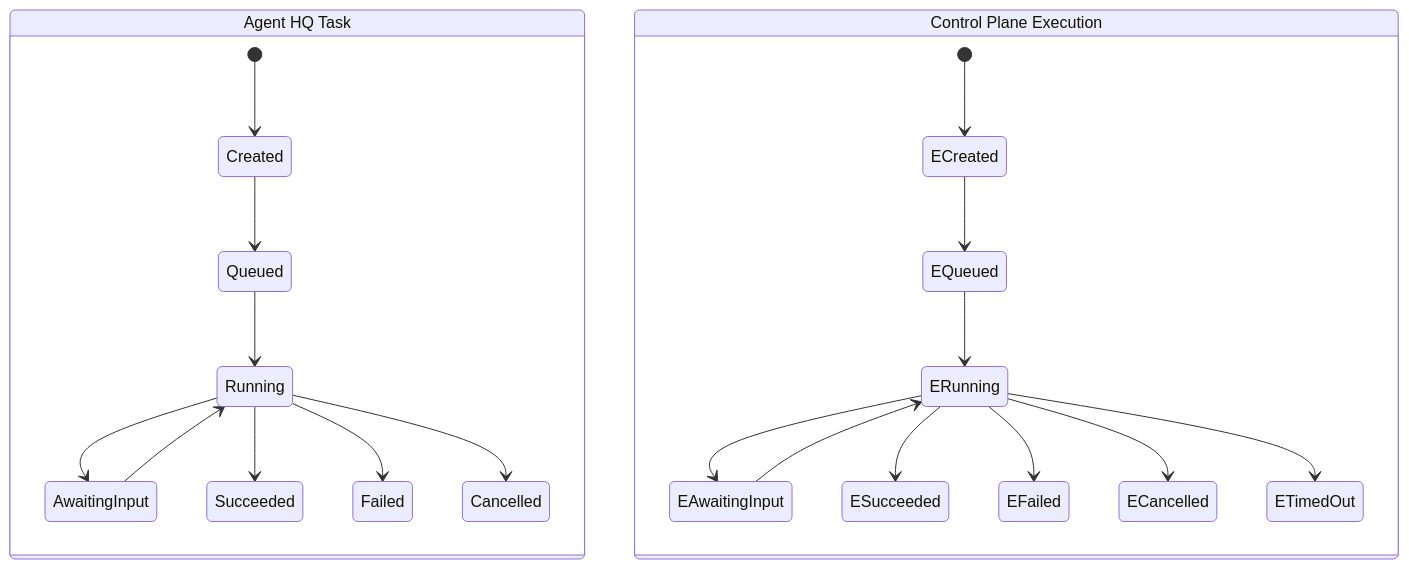
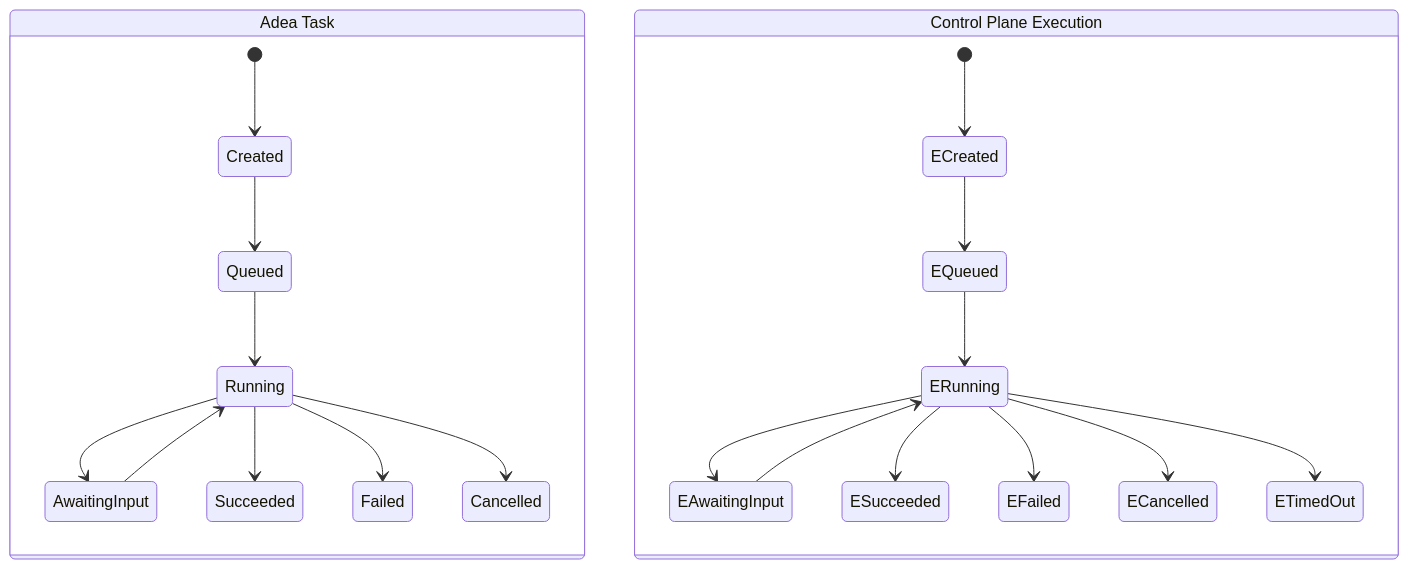
Before and after one commit to adea-ai/adea: the seventh of 18 diagrams in docs/architecture/diagram-sources.md, drawn with Mermaid. The commit also changed other lines of this file and 72 other files, not shown here.

Commit message:
chore(brand): rename user-visible Agent HQ strings to Adea (#257)

````diff
--- a/docs/architecture/diagram-sources.md
+++ b/docs/architecture/diagram-sources.md
@@ -276,24 +276,24 @@
 ```mermaid
 stateDiagram-v2
-    state "Agent HQ Task" as Task {
+    state "Adea Task" as Task {
         [*] --> Created
         Created --> Queued
         Queued --> Running
         Running --> AwaitingInput
         AwaitingInput --> Running
         Running --> Succeeded
         Running --> Failed
         Running --> Cancelled
     }
     state "Control Plane Execution" as Execution {
         [*] --> ECreated
         ECreated --> EQueued
         EQueued --> ERunning
         ERunning --> EAwaitingInput
         EAwaitingInput --> ERunning
         ERunning --> ESucceeded
         ERunning --> EFailed
         ERunning --> ECancelled
         ERunning --> ETimedOut
     }
 ```
````
